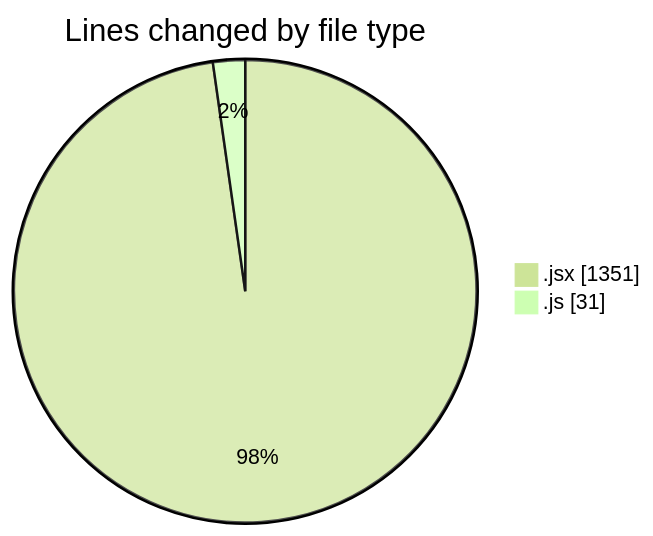
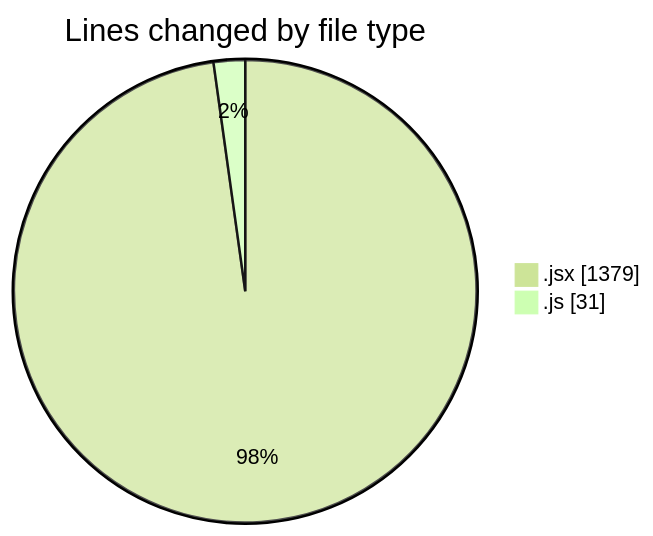
Before and after one commit to nxtqubesakshisongat/code-tracking: the first of 2 diagrams in 2025-08-04/nxtqube_webapp/README.md, drawn with Mermaid (forest theme). The commit also changed other lines of this file and 1 other file, not shown here.

````diff
--- a/2025-08-04/nxtqube_webapp/README.md
+++ b/2025-08-04/nxtqube_webapp/README.md
@@ -22,6 +22,6 @@
 ```mermaid
 pie showData
 title Lines changed by file type
-".jsx" : 1351
+".jsx" : 1379
 ".js" : 31
 ```
````
